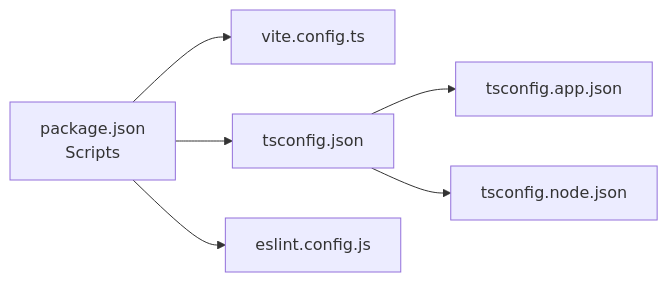
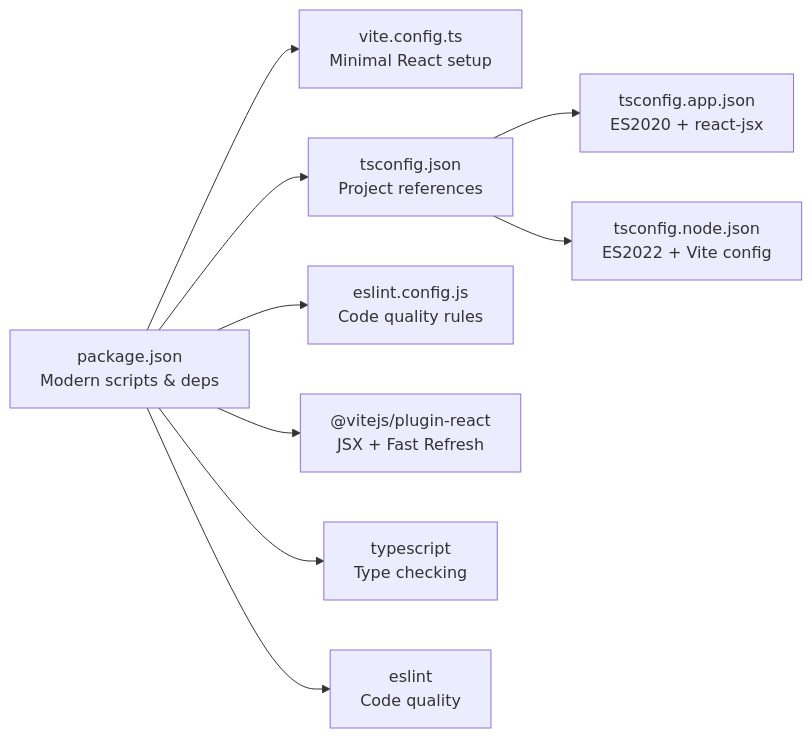
The eighth of 8 diagrams in .qoder/repowiki/en/content/Build and Development.md (Anna0314zy/ai_editor_enginer), drawn with Mermaid before and after one commit. The commit also changed other lines of this file and 41 other files, not shown here.

````diff
--- a/.qoder/repowiki/en/content/Build and Development.md
+++ b/.qoder/repowiki/en/content/Build and Development.md
@@ -337,8 +378,11 @@
 ```mermaid
 graph LR
-Pkg["package.json<br/>Scripts"] --> ViteCfg["vite.config.ts"]
-Pkg --> TSRoot["tsconfig.json"]
-Pkg --> ESL["eslint.config.js"]
-TSRoot --> TSApp["tsconfig.app.json"]
-TSRoot --> TSNode["tsconfig.node.json"]
+Pkg["package.json<br/>Modern scripts & deps"] --> ViteCfg["vite.config.ts<br/>Minimal React setup"]
+Pkg --> TSRoot["tsconfig.json<br/>Project references"]
+Pkg --> ESL["eslint.config.js<br/>Code quality rules"]
+TSRoot --> TSApp["tsconfig.app.json<br/>ES2020 + react-jsx"]
+TSRoot --> TSNode["tsconfig.node.json<br/>ES2022 + Vite config"]
+Pkg --> React["@vitejs/plugin-react<br/>JSX + Fast Refresh"]
+Pkg --> TS["typescript<br/>Type checking"]
+Pkg --> ESLint["eslint<br/>Code quality"]
 ```
````
